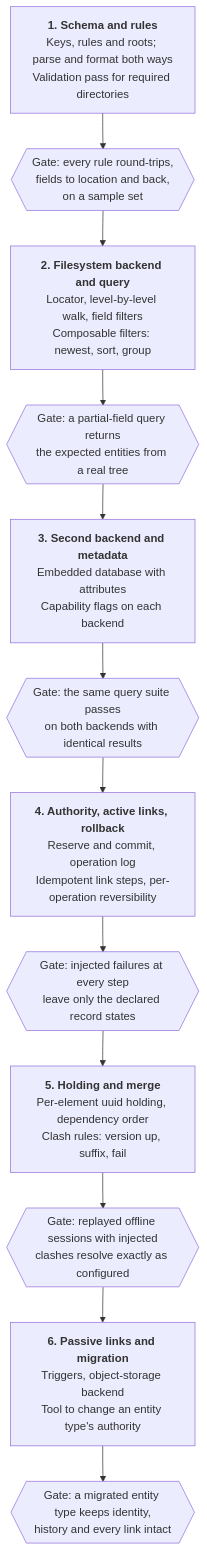
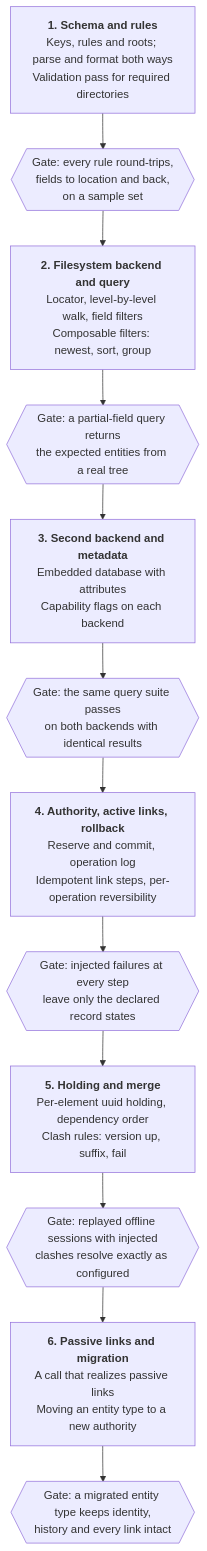
The diagram in docs/12-build-order-and-verification.md (peeld/pipeline-files), drawn with Mermaid before and after one commit. The commit also changed other lines of this file and 22 other files, not shown here.

First line of the commit message:
Implement phase 6: passive links and migration

````diff
--- a/docs/12-build-order-and-verification.md
+++ b/docs/12-build-order-and-verification.md
@@ -5,16 +5,16 @@
 ```mermaid
 flowchart TB
     p1["<b>1. Schema and rules</b><br/>Keys, rules and roots; parse and format both ways<br/>Validation pass for required directories"]
     g1{{"Gate: every rule round-trips,<br/>fields to location and back,<br/>on a sample set"}}
     p2["<b>2. Filesystem backend and query</b><br/>Locator, level-by-level walk, field filters<br/>Composable filters: newest, sort, group"]
     g2{{"Gate: a partial-field query returns<br/>the expected entities from a real tree"}}
     p3["<b>3. Second backend and metadata</b><br/>Embedded database with attributes<br/>Capability flags on each backend"]
     g3{{"Gate: the same query suite passes<br/>on both backends with identical results"}}
     p4["<b>4. Authority, active links, rollback</b><br/>Reserve and commit, operation log<br/>Idempotent link steps, per-operation reversibility"]
     g4{{"Gate: injected failures at every step<br/>leave only the declared record states"}}
     p5["<b>5. Holding and merge</b><br/>Per-element uuid holding, dependency order<br/>Clash rules: version up, suffix, fail"]
     g5{{"Gate: replayed offline sessions with injected<br/>clashes resolve exactly as configured"}}
-    p6["<b>6. Passive links and migration</b><br/>Triggers, object-storage backend<br/>Tool to change an entity type's authority"]
+    p6["<b>6. Passive links and migration</b><br/>A call that realizes passive links<br/>Moving an entity type to a new authority"]
     g6{{"Gate: a migrated entity type keeps identity,<br/>history and every link intact"}}
     p1 --> g1 --> p2 --> g2 --> p3 --> g3 --> p4 --> g4 --> p5 --> g5 --> p6 --> g6
 ```
````
